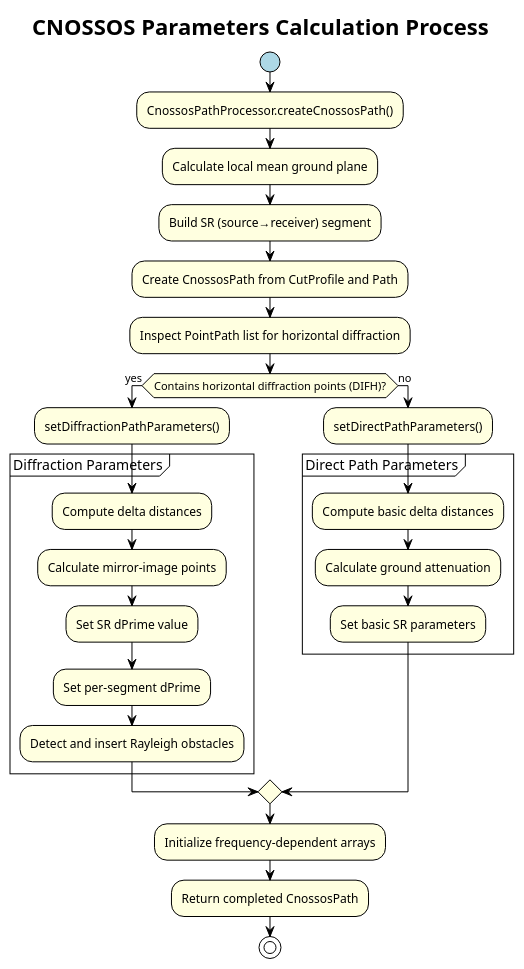
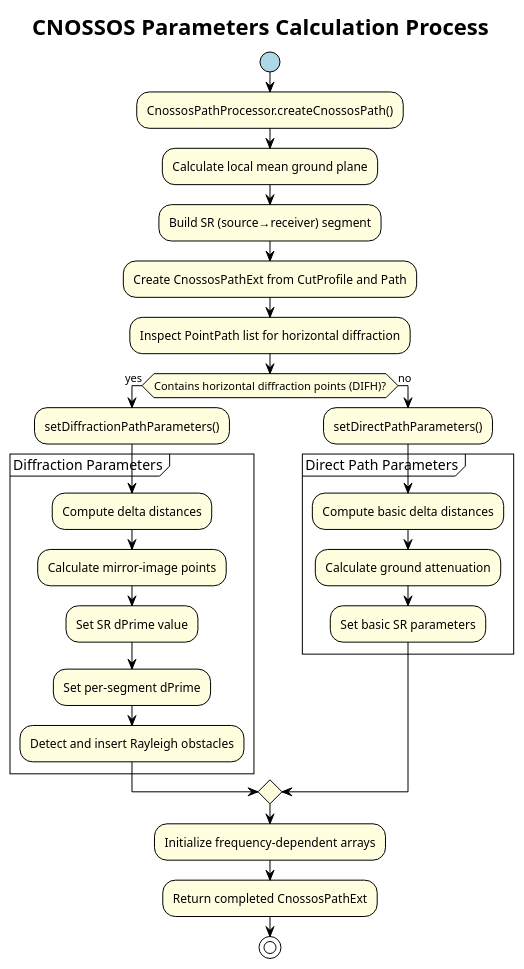
Diagram 12 of 12 in Docs-dev/propagation_algorithms.md (jtagusari/NoiseModelling), drawn with PlantUML before and after one commit. The commit also changed other lines of this file and 15 other files, not shown here.

Commit message:
new file:   noisemodelling-propagation/src/main/java/org/noise_planet/noisemodelling/propagation/cnossos/CnossosPathExt.java

````diff
--- a/Docs-dev/propagation_algorithms.md
+++ b/Docs-dev/propagation_algorithms.md
@@ -769,57 +769,57 @@
 ```plantuml
 @startuml
 !theme plain
 skinparam backgroundColor White
 skinparam packageStyle rectangle
 skinparam activityStartColor #lightblue
 skinparam activityEndColor #lightcoral
 skinparam activityBackgroundColor #lightyellow
 skinparam activityBorderColor #black
 
 title CNOSSOS Parameters Calculation Process
 
 start
 
 :CnossosPathProcessor.createCnossosPath();
 
 :Calculate local mean ground plane;
 
 :Build SR (source→receiver) segment;
 
-:Create CnossosPath from CutProfile and Path;
+:Create CnossosPathExt from CutProfile and Path;
 
 :Inspect PointPath list for horizontal diffraction;
 if (Contains horizontal diffraction points (DIFH)?) then (yes)
   :setDiffractionPathParameters();
   
   partition "Diffraction Parameters" {
     :Compute delta distances;
     
     :Calculate mirror-image points;
     
     :Set SR dPrime value;
     
     :Set per-segment dPrime;
     
     :Detect and insert Rayleigh obstacles;
   }
 else (no)
   :setDirectPathParameters();
   
   partition "Direct Path Parameters" {
     :Compute basic delta distances;
     
     :Calculate ground attenuation;
     
     :Set basic SR parameters;
   }
 endif
 
 :Initialize frequency-dependent arrays;
 
-:Return completed CnossosPath;
+:Return completed CnossosPathExt;
 
 stop
 
 @enduml
 ```
````
